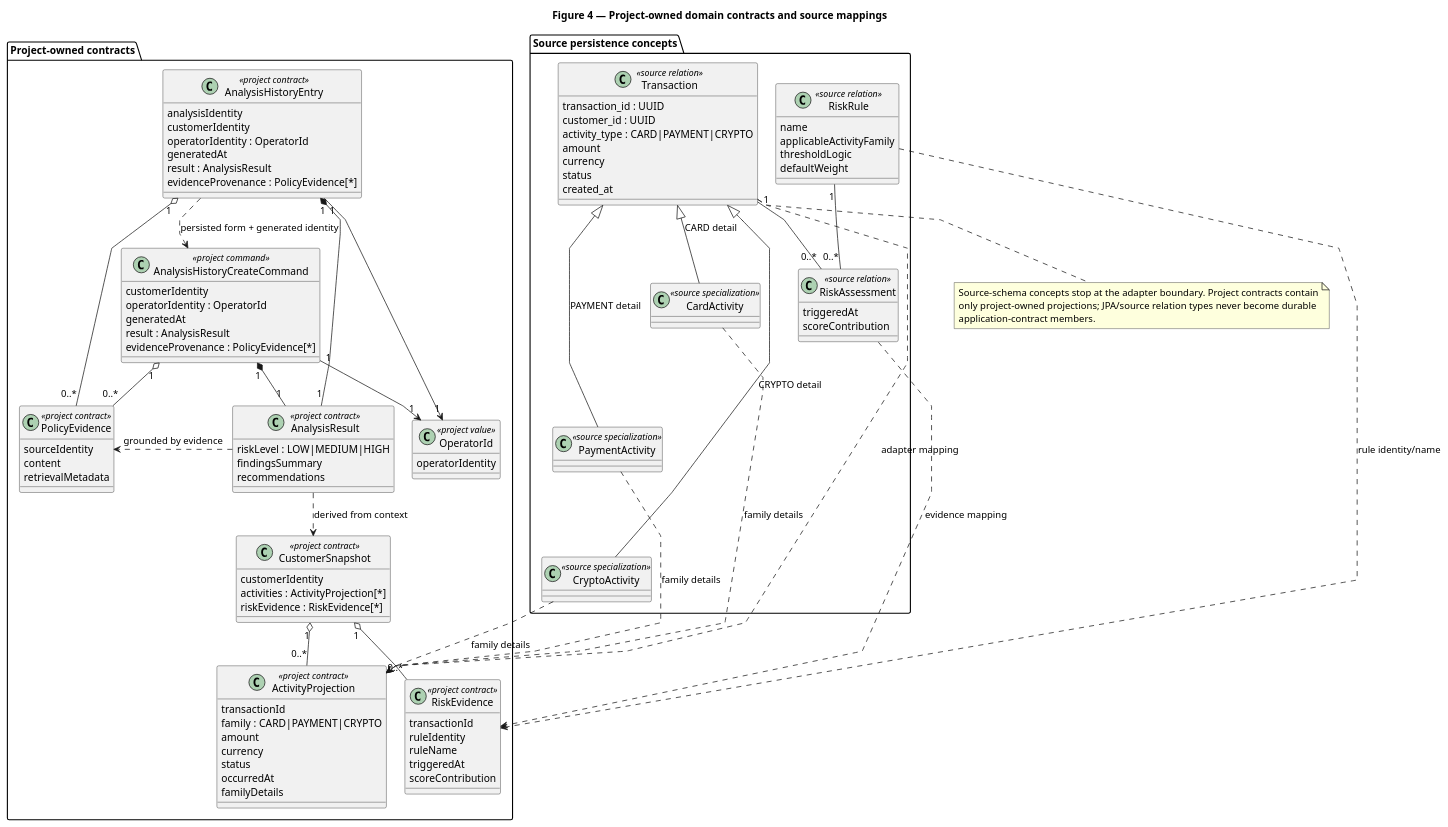
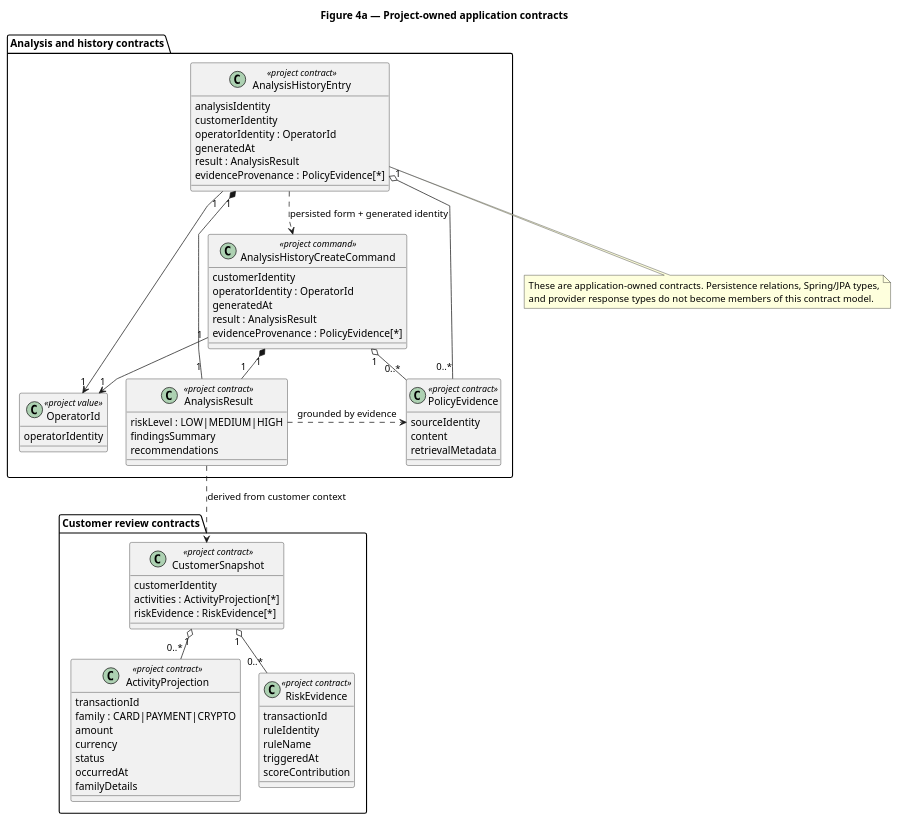
One commit to jdoe-dev-159753/specgraph-reference-app changed the diagram in docs/assignment/SDD/diagrams/domain-contracts.puml. Above: the diagram before and after it, drawn with PlantUML.

Commit message:
docs: focus domain contract figure

```diff
--- a/docs/assignment/SDD/diagrams/domain-contracts.puml
+++ b/docs/assignment/SDD/diagrams/domain-contracts.puml
@@ -1,123 +1,85 @@
 @startuml
-title Figure 4 — Project-owned domain contracts and source mappings
+title Figure 4a — Project-owned application contracts
 top to bottom direction
 skinparam classAttributeIconSize 0
 skinparam linetype polyline
 skinparam nodesep 25
 skinparam ranksep 40
 
-package "Source persistence concepts" {
-  class Transaction <<source relation>> {
-    transaction_id : UUID
-    customer_id : UUID
-    activity_type : CARD|PAYMENT|CRYPTO
-    amount
-    currency
-    status
-    created_at
-  }
-  class CardActivity <<source specialization>>
-  class PaymentActivity <<source specialization>>
-  class CryptoActivity <<source specialization>>
-  class RiskAssessment <<source relation>> {
-    triggeredAt
-    scoreContribution
-  }
-  class RiskRule <<source relation>> {
-    name
-    applicableActivityFamily
-    thresholdLogic
-    defaultWeight
-  }
-
-  Transaction <|-- CardActivity : CARD detail
-  Transaction <|-- PaymentActivity : PAYMENT detail
-  Transaction <|-- CryptoActivity : CRYPTO detail
-  Transaction "1" -- "0..*" RiskAssessment
-  RiskRule "1" -- "0..*" RiskAssessment
-
-  CardActivity -[hidden]down-> PaymentActivity
-  PaymentActivity -[hidden]down-> CryptoActivity
-  RiskRule -[hidden]down-> RiskAssessment
-}
-
-package "Project-owned contracts" {
+package "Customer review contracts" {
   class CustomerSnapshot <<project contract>> {
     customerIdentity
     activities : ActivityProjection[*]
     riskEvidence : RiskEvidence[*]
   }
   class ActivityProjection <<project contract>> {
     transactionId
     family : CARD|PAYMENT|CRYPTO
     amount
     currency
     status
     occurredAt
     familyDetails
   }
   class RiskEvidence <<project contract>> {
     transactionId
     ruleIdentity
     ruleName
     triggeredAt
     scoreContribution
   }
+
+  CustomerSnapshot "1" o-- "0..*" ActivityProjection
+  CustomerSnapshot "1" o-- "0..*" RiskEvidence
+  ActivityProjection -[hidden]right-> RiskEvidence
+}
+
+package "Analysis and history contracts" {
   class AnalysisResult <<project contract>> {
     riskLevel : LOW|MEDIUM|HIGH
     findingsSummary
     recommendations
   }
   class PolicyEvidence <<project contract>> {
     sourceIdentity
     content
     retrievalMetadata
   }
   class OperatorId <<project value>> {
     operatorIdentity
   }
   class AnalysisHistoryCreateCommand <<project command>> {
     customerIdentity
     operatorIdentity : OperatorId
     generatedAt
     result : AnalysisResult
     evidenceProvenance : PolicyEvidence[*]
   }
   class AnalysisHistoryEntry <<project contract>> {
     analysisIdentity
     customerIdentity
     operatorIdentity : OperatorId
     generatedAt
     result : AnalysisResult
     evidenceProvenance : PolicyEvidence[*]
   }
 
-  CustomerSnapshot "1" o-- "0..*" ActivityProjection
-  CustomerSnapshot "1" o-- "0..*" RiskEvidence
   AnalysisHistoryCreateCommand "1" *-- "1" AnalysisResult
   AnalysisHistoryCreateCommand "1" --> "1" OperatorId
   AnalysisHistoryCreateCommand "1" o-- "0..*" PolicyEvidence
   AnalysisHistoryEntry ..> AnalysisHistoryCreateCommand : persisted form + generated identity
   AnalysisHistoryEntry "1" *-- "1" AnalysisResult
   AnalysisHistoryEntry "1" --> "1" OperatorId
   AnalysisHistoryEntry "1" o-- "0..*" PolicyEvidence
+  AnalysisResult ..> CustomerSnapshot : derived from customer context
+  AnalysisResult ..> PolicyEvidence : grounded by evidence
 
-  ActivityProjection -[hidden]right-> RiskEvidence
   AnalysisResult -[hidden]right-> PolicyEvidence
+  PolicyEvidence -[hidden]right-> OperatorId
 }
 
-Transaction ..> ActivityProjection : adapter mapping
-CardActivity ..> ActivityProjection : family details
-PaymentActivity ..> ActivityProjection : family details
-CryptoActivity ..> ActivityProjection : family details
-RiskAssessment ..> RiskEvidence : evidence mapping
-RiskRule ..> RiskEvidence : rule identity/name
-AnalysisResult ..> CustomerSnapshot : derived from context
-AnalysisResult ..> PolicyEvidence : grounded by evidence
-
-note bottom of Transaction
-  Source-schema concepts stop at the adapter boundary. Project contracts contain
-  only project-owned projections; JPA/source relation types never become durable
-  application-contract members.
+note bottom
+  These are application-owned contracts. Persistence relations, Spring/JPA types,
+  and provider response types do not become members of this contract model.
 end note
 @enduml
```
